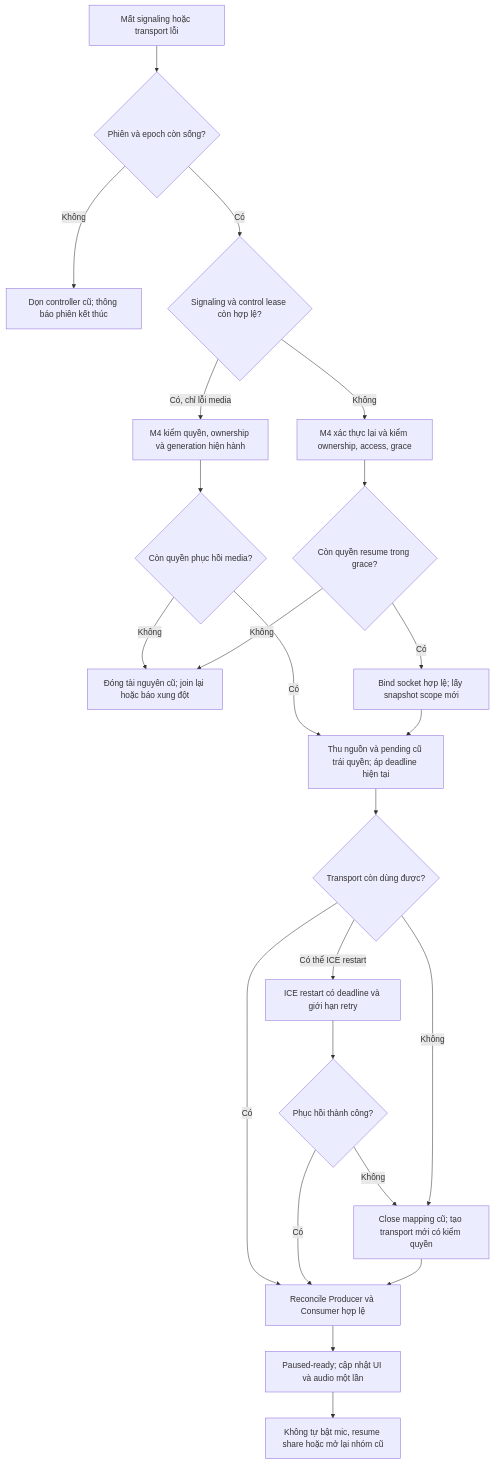
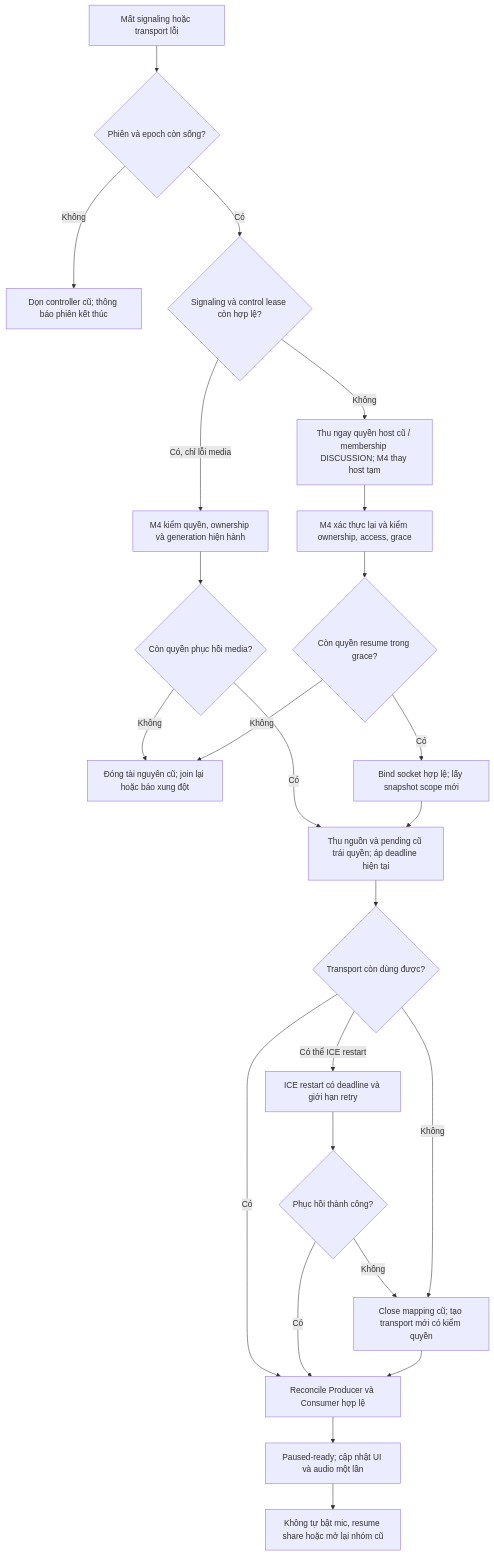
One commit to Lightning1507/CoLearnia changed the fifth of 7 diagrams in docs/proposals/m3-media.md. Above: the diagram before and after it, drawn with Mermaid. The commit also changed other lines of this file and 6 other files, not shown here.

````diff
--- a/docs/proposals/m3-media.md
+++ b/docs/proposals/m3-media.md
@@ -318,25 +347,26 @@
 ```mermaid
 flowchart TD
   Lost["Mất signaling hoặc transport lỗi"] --> Kind{"Phiên và epoch còn sống?"}
   Kind -->|Không| Ended["Dọn controller cũ; thông báo phiên kết thúc"]
   Kind -->|Có| Control{"Signaling và control lease còn hợp lệ?"}
   Control -->|Có, chỉ lỗi media| Current["M4 kiểm quyền, ownership và generation hiện hành"]
   Current --> Valid{"Còn quyền phục hồi media?"}
   Valid -->|Không| Cleanup["Đóng tài nguyên cũ; join lại hoặc báo xung đột"]
   Valid -->|Có| Revoke["Thu nguồn và pending cũ trái quyền; áp deadline hiện tại"]
-  Control -->|Không| Auth["M4 xác thực lại và kiểm ownership, access, grace"]
+  Control -->|Không| Immediate["Thu ngay quyền host cũ / membership DISCUSSION; M4 thay host tạm"]
+  Immediate --> Auth["M4 xác thực lại và kiểm ownership, access, grace"]
   Auth --> Allowed{"Còn quyền resume trong grace?"}
   Allowed -->|Không| Cleanup["Đóng tài nguyên cũ; join lại hoặc báo xung đột"]
   Allowed -->|Có| Snapshot["Bind socket hợp lệ; lấy snapshot scope mới"]
   Snapshot --> Revoke["Thu nguồn và pending cũ trái quyền; áp deadline hiện tại"]
   Revoke --> Transport{"Transport còn dùng được?"}
   Transport -->|Có| Reconcile["Reconcile Producer và Consumer hợp lệ"]
   Transport -->|Có thể ICE restart| Ice["ICE restart có deadline và giới hạn retry"]
   Ice --> Result{"Phục hồi thành công?"}
   Result -->|Có| Reconcile
   Result -->|Không| Recreate["Close mapping cũ; tạo transport mới có kiểm quyền"]
   Transport -->|Không| Recreate
   Recreate --> Reconcile
   Reconcile --> Ready["Paused-ready; cập nhật UI và audio một lần"]
   Ready --> NoRestore["Không tự bật mic, resume share hoặc mở lại nhóm cũ"]
 ```
````
